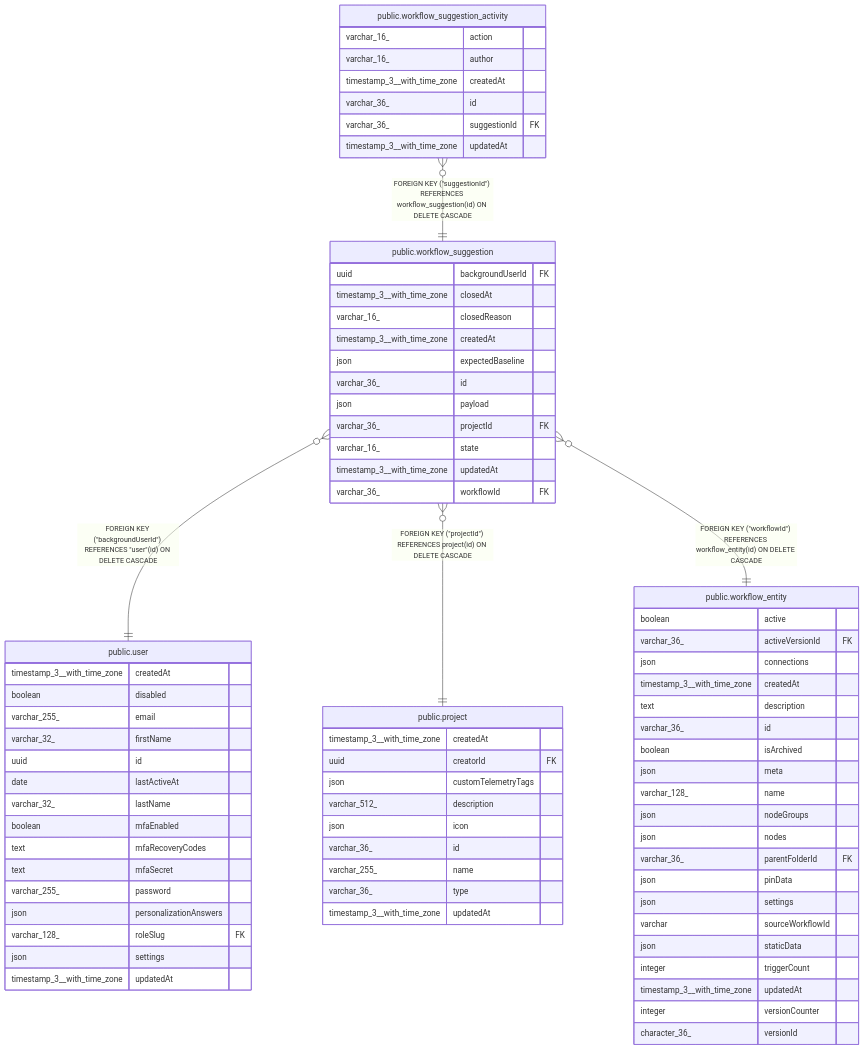
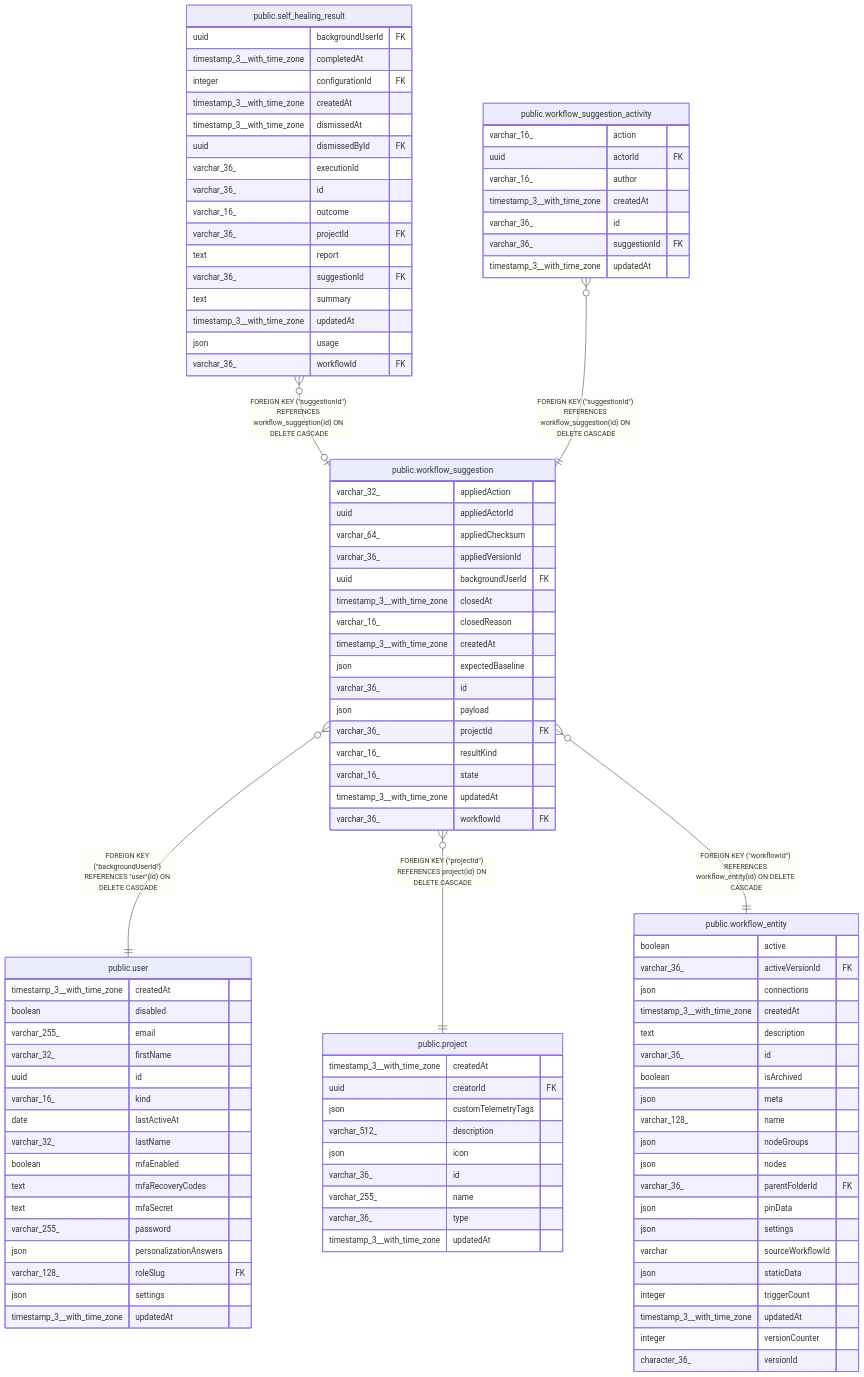
The diagram in docs/generated/postgres-schema/public.workflow_suggestion.md (sreent/n8n), drawn with Mermaid before and after one commit. The commit also changed other lines of this file and 7993 other files, not shown here.

```diff
--- a/docs/generated/postgres-schema/public.workflow_suggestion.md
+++ b/docs/generated/postgres-schema/public.workflow_suggestion.md
@@ -52,11 +60,16 @@
 erDiagram
 
 "public.workflow_suggestion" }o--|| "public.user" : "FOREIGN KEY (#quot;backgroundUserId#quot;) REFERENCES #quot;user#quot;(id) ON DELETE CASCADE"
+"public.self_healing_result" }o--o| "public.workflow_suggestion" : "FOREIGN KEY (#quot;suggestionId#quot;) REFERENCES workflow_suggestion(id) ON DELETE CASCADE"
 "public.workflow_suggestion_activity" }o--|| "public.workflow_suggestion" : "FOREIGN KEY (#quot;suggestionId#quot;) REFERENCES workflow_suggestion(id) ON DELETE CASCADE"
 "public.workflow_suggestion" }o--|| "public.project" : "FOREIGN KEY (#quot;projectId#quot;) REFERENCES project(id) ON DELETE CASCADE"
 "public.workflow_suggestion" }o--|| "public.workflow_entity" : "FOREIGN KEY (#quot;workflowId#quot;) REFERENCES workflow_entity(id) ON DELETE CASCADE"
 
 "public.workflow_suggestion" {
+  varchar_32_ appliedAction
+  uuid appliedActorId
+  varchar_64_ appliedChecksum
+  varchar_36_ appliedVersionId
   uuid backgroundUserId FK
   timestamp_3__with_time_zone closedAt
   varchar_16_ closedReason
@@ -65,6 +78,7 @@
   varchar_36_ id
   json payload
   varchar_36_ projectId FK
+  varchar_16_ resultKind
   varchar_16_ state
   timestamp_3__with_time_zone updatedAt
   varchar_36_ workflowId FK
@@ -75,6 +89,7 @@
   varchar_255_ email
   varchar_32_ firstName
   uuid id
+  varchar_16_ kind
   date lastActiveAt
   varchar_32_ lastName
   boolean mfaEnabled
@@ -86,8 +101,27 @@
   json settings
   timestamp_3__with_time_zone updatedAt
 }
+"public.self_healing_result" {
+  uuid backgroundUserId FK
+  timestamp_3__with_time_zone completedAt
+  integer configurationId FK
+  timestamp_3__with_time_zone createdAt
+  timestamp_3__with_time_zone dismissedAt
+  uuid dismissedById FK
+  varchar_36_ executionId
+  varchar_36_ id
+  varchar_16_ outcome
+  varchar_36_ projectId FK
+  text report
+  varchar_36_ suggestionId FK
+  text summary
+  timestamp_3__with_time_zone updatedAt
+  json usage
+  varchar_36_ workflowId FK
+}
 "public.workflow_suggestion_activity" {
   varchar_16_ action
+  uuid actorId FK
   varchar_16_ author
   timestamp_3__with_time_zone createdAt
   varchar_36_ id
```
